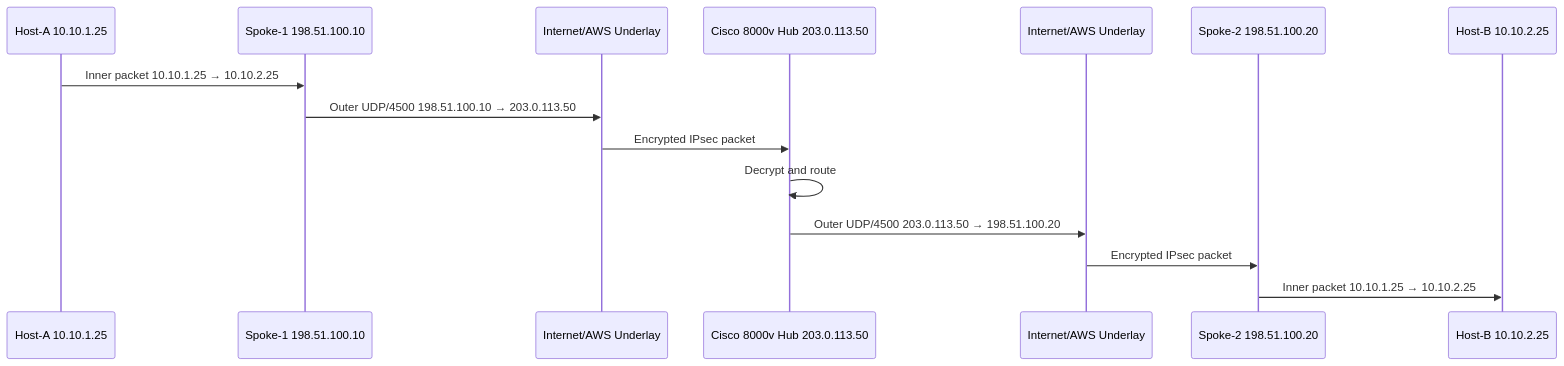
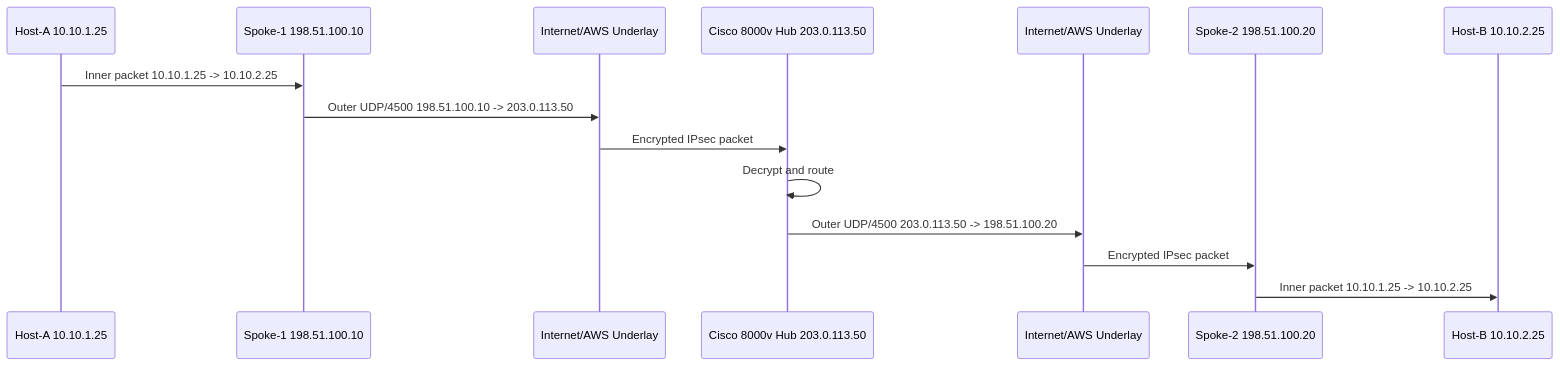
Before and after one commit to routerworld3/wiki_vp: the fourth of 6 diagrams in cisco/ccde/flexvpn/draft/00_flexvpn.md, drawn with Mermaid. The commit also changed other lines of this file, not shown here.

Commit message:
Rewrite FlexVPN hub document into a cleaner, polished Markdown version

````diff
--- a/cisco/ccde/flexvpn/draft/00_flexvpn.md
+++ b/cisco/ccde/flexvpn/draft/00_flexvpn.md
@@ -539,18 +523,18 @@
 ```mermaid
 sequenceDiagram
     participant H1 as Host-A 10.10.1.25
     participant S1 as Spoke-1 198.51.100.10
     participant NET1 as Internet/AWS Underlay
     participant HUB as Cisco 8000v Hub 203.0.113.50
     participant NET2 as Internet/AWS Underlay
     participant S2 as Spoke-2 198.51.100.20
     participant H2 as Host-B 10.10.2.25
 
-    H1->>S1: Inner packet 10.10.1.25 → 10.10.2.25
-    S1->>NET1: Outer UDP/4500 198.51.100.10 → 203.0.113.50
+    H1->>S1: Inner packet 10.10.1.25 -> 10.10.2.25
+    S1->>NET1: Outer UDP/4500 198.51.100.10 -> 203.0.113.50
     NET1->>HUB: Encrypted IPsec packet
     HUB->>HUB: Decrypt and route
-    HUB->>NET2: Outer UDP/4500 203.0.113.50 → 198.51.100.20
+    HUB->>NET2: Outer UDP/4500 203.0.113.50 -> 198.51.100.20
     NET2->>S2: Encrypted IPsec packet
-    S2->>H2: Inner packet 10.10.1.25 → 10.10.2.25
+    S2->>H2: Inner packet 10.10.1.25 -> 10.10.2.25
 ```
````
